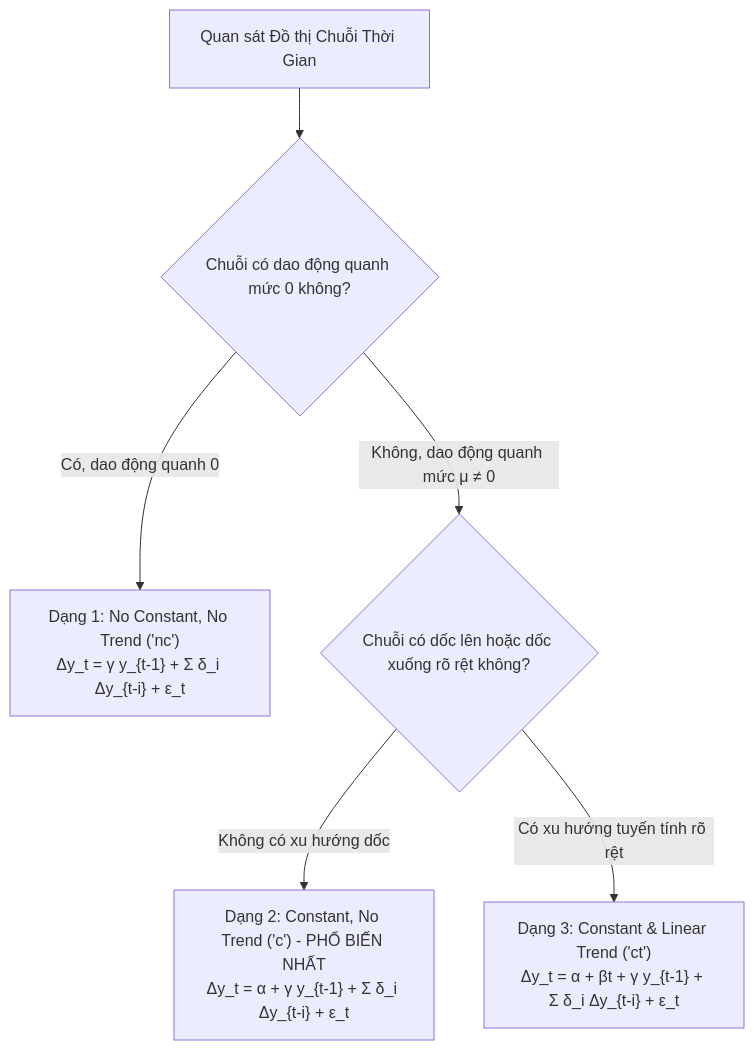
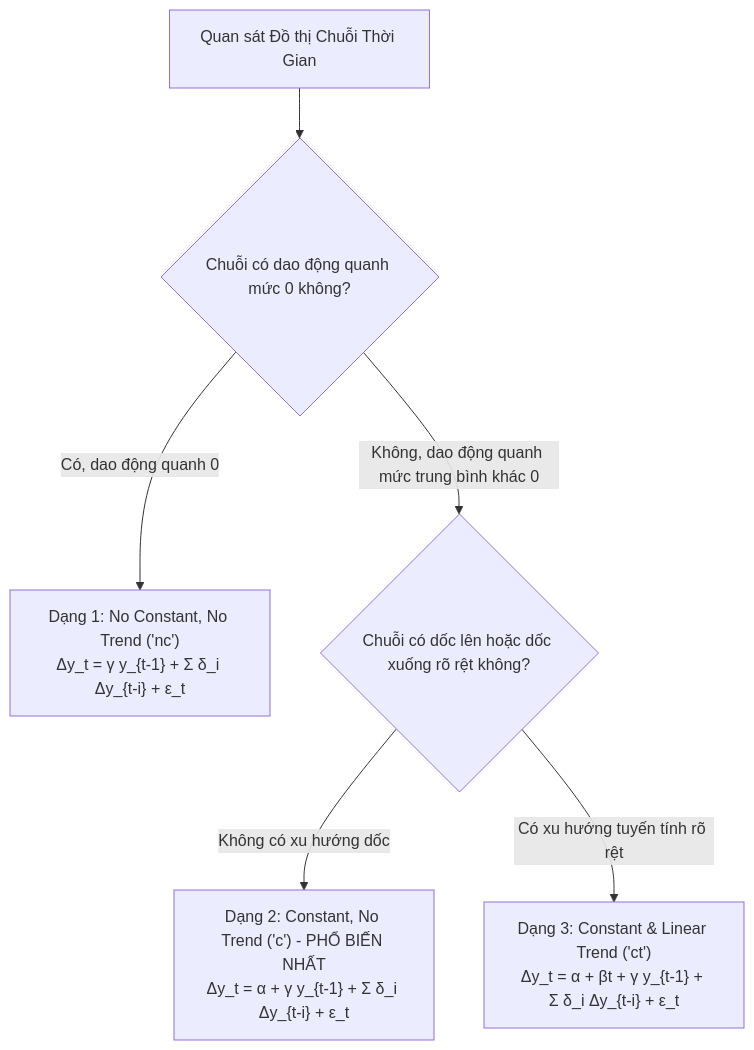
Before and after one commit to snowflake-vibing/KnowledgeLibrary: the second of 4 diagrams in PTDLKD/explanation/augmented_dickey_fuller_test.md, drawn with Mermaid. The commit also changed other lines of this file and 2 other files, not shown here.

````diff
--- a/PTDLKD/explanation/augmented_dickey_fuller_test.md
+++ b/PTDLKD/explanation/augmented_dickey_fuller_test.md
@@ -113,12 +139,12 @@
 ```mermaid
 flowchart TD
     Data["Quan sát Đồ thị Chuỗi Thời Gian"] --> Q1{"Chuỗi có dao động quanh mức 0 không?"}
     
     Q1 -->|Có, dao động quanh 0| Case1["Dạng 1: No Constant, No Trend ('nc')<br>Δy_t = γ y_{t-1} + Σ δ_i Δy_{t-i} + ε_t"]
     
-    Q1 -->|Không, dao động quanh mức μ ≠ 0| Q2{"Chuỗi có dốc lên hoặc dốc xuống rõ rệt không?"}
+    Q1 -->|Không, dao động quanh mức trung bình khác 0| Q2{"Chuỗi có dốc lên hoặc dốc xuống rõ rệt không?"}
     
     Q2 -->|Không có xu hướng dốc| Case2["Dạng 2: Constant, No Trend ('c') - PHỔ BIẾN NHẤT<br>Δy_t = α + γ y_{t-1} + Σ δ_i Δy_{t-i} + ε_t"]
     
     Q2 -->|Có xu hướng tuyến tính rõ rệt| Case3["Dạng 3: Constant & Linear Trend ('ct')<br>Δy_t = α + βt + γ y_{t-1} + Σ δ_i Δy_{t-i} + ε_t"]
 ```
````
